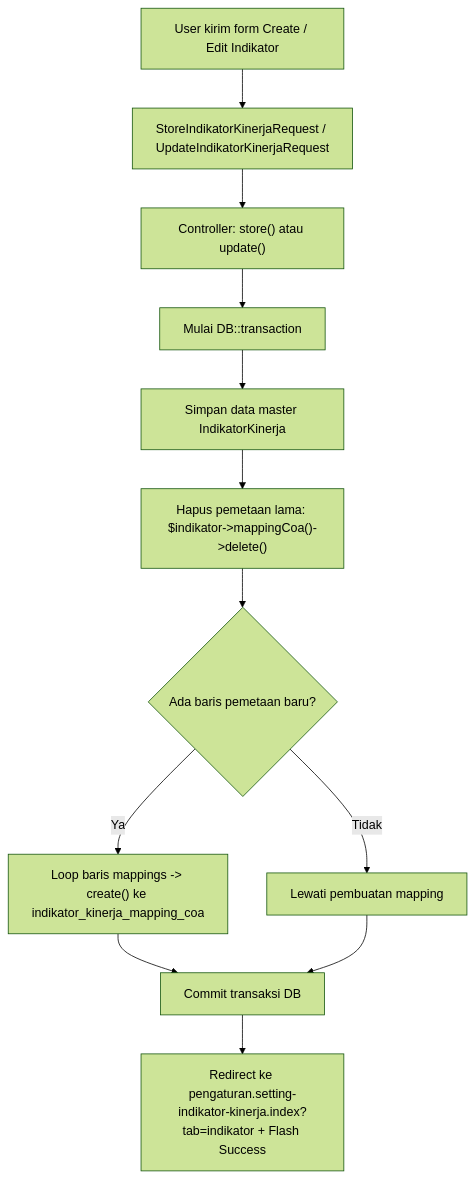
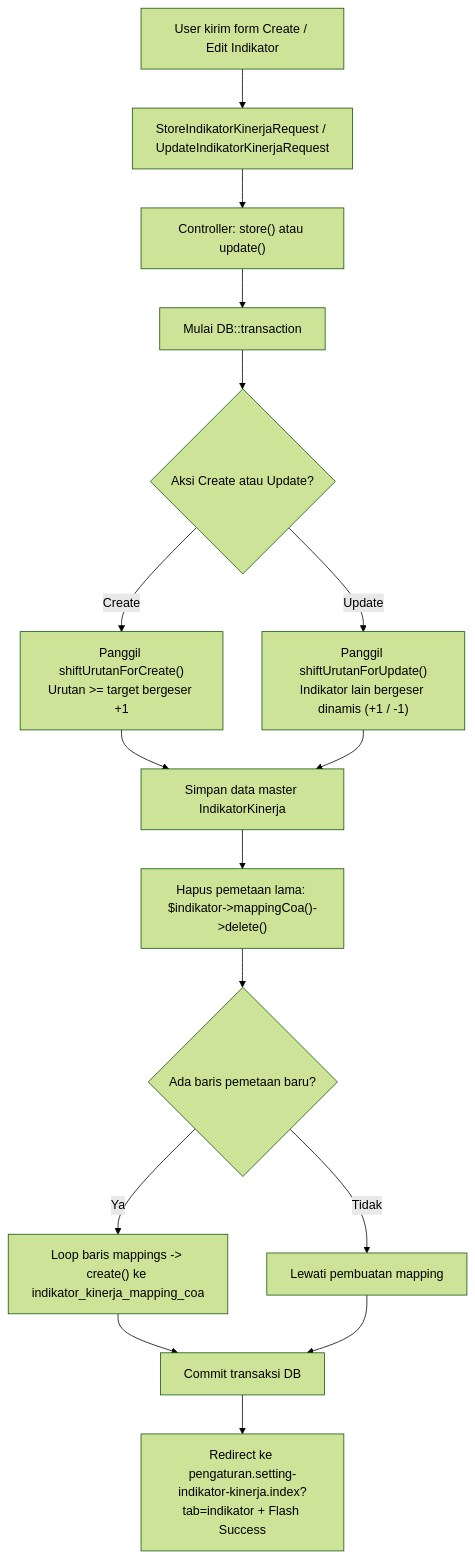
Before and after one commit to AltamaSidoarjo/laravel-siakurat-pt-smt: the first of 3 diagrams in dokumentasi/pengaturan-setting-indikator-kinerja.md, drawn with Mermaid (forest theme). The commit also changed other lines of this file and 6 other files, not shown here.

First line of the commit message:
fix(setting-indikator-kinerja): perbaiki urutan prioritas otomatis dan pergeseran urutan dinamis

````diff
--- a/dokumentasi/pengaturan-setting-indikator-kinerja.md
+++ b/dokumentasi/pengaturan-setting-indikator-kinerja.md
@@ -110,14 +110,18 @@
 ```mermaid
 flowchart TD
     A["User kirim form Create / Edit Indikator"] --> B["StoreIndikatorKinerjaRequest / UpdateIndikatorKinerjaRequest"]
     B --> C["Controller: store() atau update()"]
     C --> D["Mulai DB::transaction"]
-    D --> E["Simpan data master IndikatorKinerja"]
-    E --> F["Hapus pemetaan lama: $indikator->mappingCoa()->delete()"]
-    F --> G{"Ada baris pemetaan baru?"}
-    G -- Ya --> H["Loop baris mappings -> create() ke indikator_kinerja_mapping_coa"]
-    G -- Tidak --> I["Lewati pembuatan mapping"]
-    H --> J["Commit transaksi DB"]
-    I --> J
-    J --> K["Redirect ke pengaturan.setting-indikator-kinerja.index?tab=indikator + Flash Success"]
+    D --> E{"Aksi Create atau Update?"}
+    E -- Create --> F1["Panggil shiftUrutanForCreate()<br/>Urutan >= target bergeser +1"]
+    E -- Update --> F2["Panggil shiftUrutanForUpdate()<br/>Indikator lain bergeser dinamis (+1 / -1)"]
+    F1 --> G["Simpan data master IndikatorKinerja"]
+    F2 --> G
+    G --> H["Hapus pemetaan lama: $indikator->mappingCoa()->delete()"]
+    H --> I{"Ada baris pemetaan baru?"}
+    I -- Ya --> J["Loop baris mappings -> create() ke indikator_kinerja_mapping_coa"]
+    I -- Tidak --> K["Lewati pembuatan mapping"]
+    J --> L["Commit transaksi DB"]
+    K --> L
+    L --> M["Redirect ke pengaturan.setting-indikator-kinerja.index?tab=indikator + Flash Success"]
 ```
````
